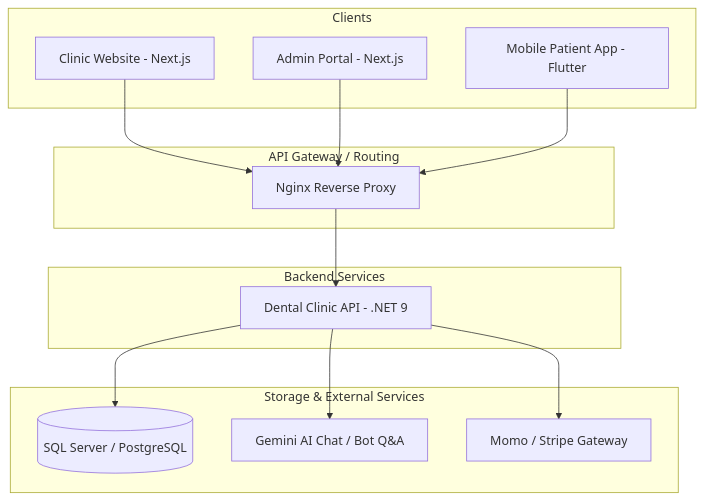
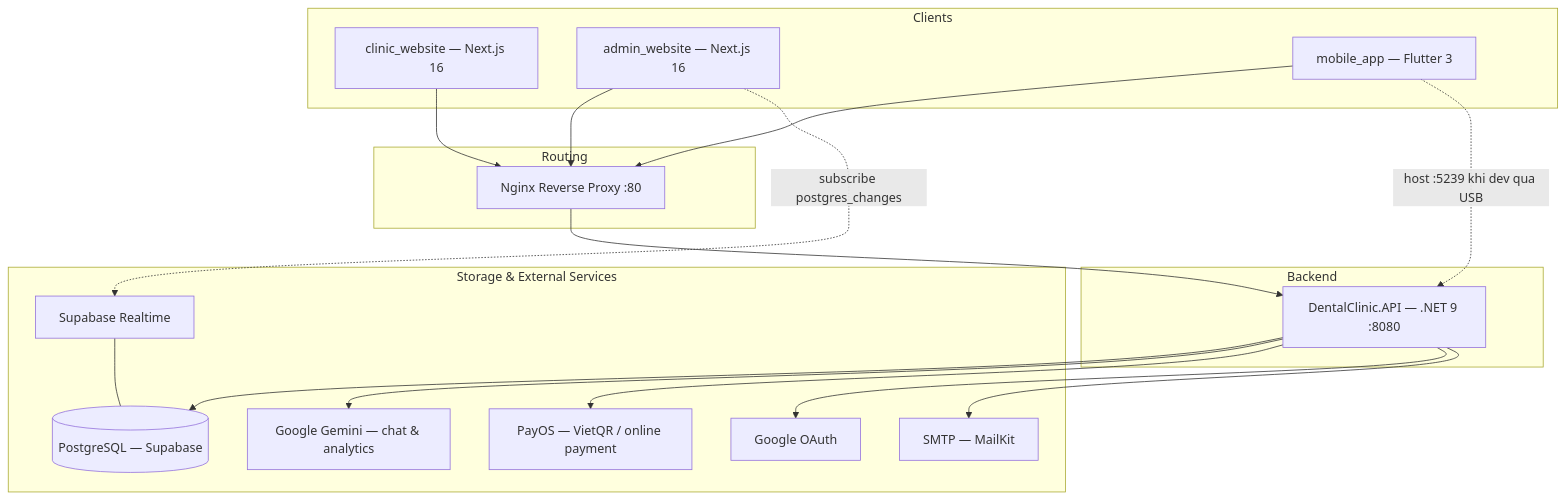
One commit to mrduck58/dental-clinic changed the diagram in docs/architecture.md. Above: the diagram before and after it, drawn with Mermaid. The commit also changed other lines of this file and 2 other files, not shown here.

Commit message:
docs: correct architecture docs to match actual implementation

````diff
--- a/docs/architecture.md
+++ b/docs/architecture.md
@@ -9,32 +11,41 @@
 ```mermaid
 graph TD
     subgraph Clients
-        PWeb[Clinic Website - Next.js]
-        AWeb[Admin Portal - Next.js]
-        MApp[Mobile Patient App - Flutter]
+        PWeb[clinic_website — Next.js 16]
+        AWeb[admin_website — Next.js 16]
+        MApp[mobile_app — Flutter 3]
     end
 
-    subgraph API Gateway / Routing
-        Proxy[Nginx Reverse Proxy]
+    subgraph Routing
+        Proxy[Nginx Reverse Proxy :80]
     end
 
-    subgraph Backend Services
-        API[Dental Clinic API - .NET 9]
+    subgraph Backend
+        API[DentalClinic.API — .NET 9 :8080]
     end
 
-    subgraph Storage & External Services
-        DB[(SQL Server / PostgreSQL)]
-        AI[Gemini AI Chat / Bot Q&A]
-        Payment[Momo / Stripe Gateway]
+    subgraph "Storage & External Services"
+        DB[(PostgreSQL — Supabase)]
+        RT[Supabase Realtime]
+        AI[Google Gemini — chat &amp; analytics]
+        Pay[PayOS — VietQR / online payment]
+        OAuth[Google OAuth]
+        Mail[SMTP — MailKit]
     end
 
     PWeb --> Proxy
     AWeb --> Proxy
     MApp --> Proxy
+    MApp -. "host :5239 khi dev qua USB" .-> API
 
     Proxy --> API
 
     API --> DB
     API --> AI
-    API --> Payment
+    API --> Pay
+    API --> OAuth
+    API --> Mail
+
+    AWeb -. "subscribe postgres_changes" .-> RT
+    RT --- DB
 ```
````
